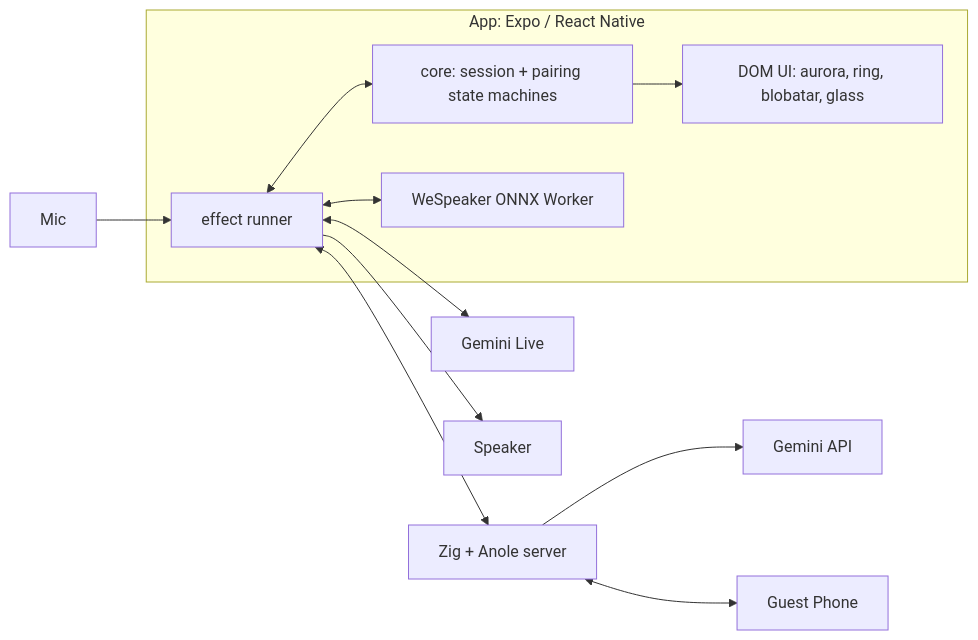
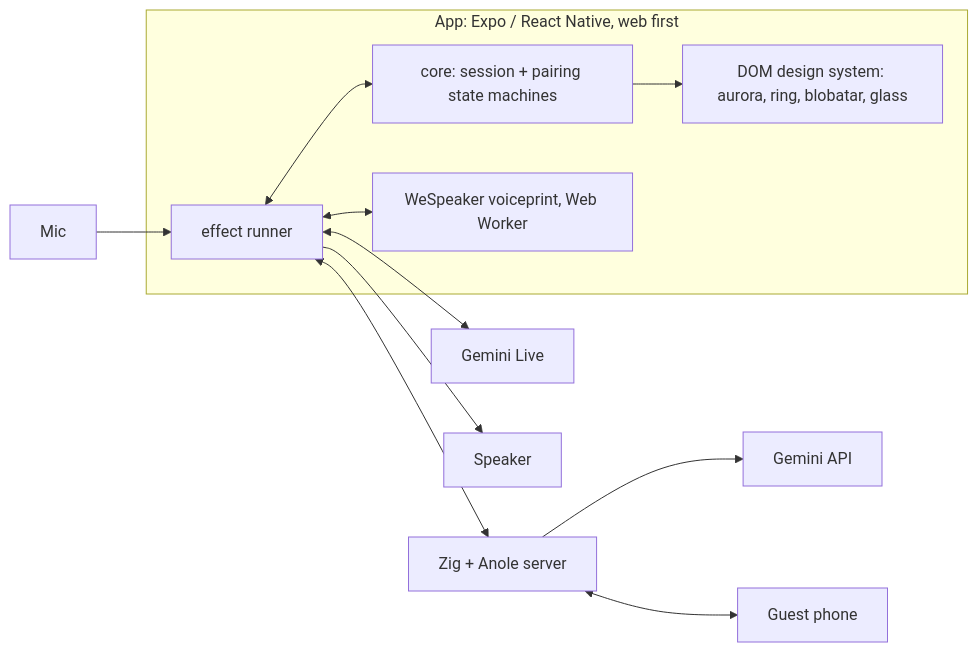
One commit to xuckless/vorp changed the diagram in README.md. Above: the diagram before and after it, drawn with Mermaid. The commit also changed other lines of this file and 3 other files, not shown here.

````diff
--- a/README.md
+++ b/README.md
@@ -58,18 +160,18 @@
 ```mermaid
 flowchart LR
   mic[Mic] --> runner
-  subgraph app[App: Expo / React Native]
+  subgraph app[App: Expo / React Native, web first]
     core["core: session + pairing state machines"]
     runner[effect runner]
-    vp[WeSpeaker ONNX Worker]
-    ui[DOM UI: aurora, ring, blobatar, glass]
+    vp[WeSpeaker voiceprint, Web Worker]
+    ui[DOM design system: aurora, ring, blobatar, glass]
     runner <--> core
     runner <--> vp
     core --> ui
   end
   runner <--> live[Gemini Live]
   runner --> spk[Speaker]
   runner <--> server[Zig + Anole server]
   server --> gemini[Gemini API]
-  server <--> guest[Guest Phone]
+  server <--> guest[Guest phone]
 ```
````
